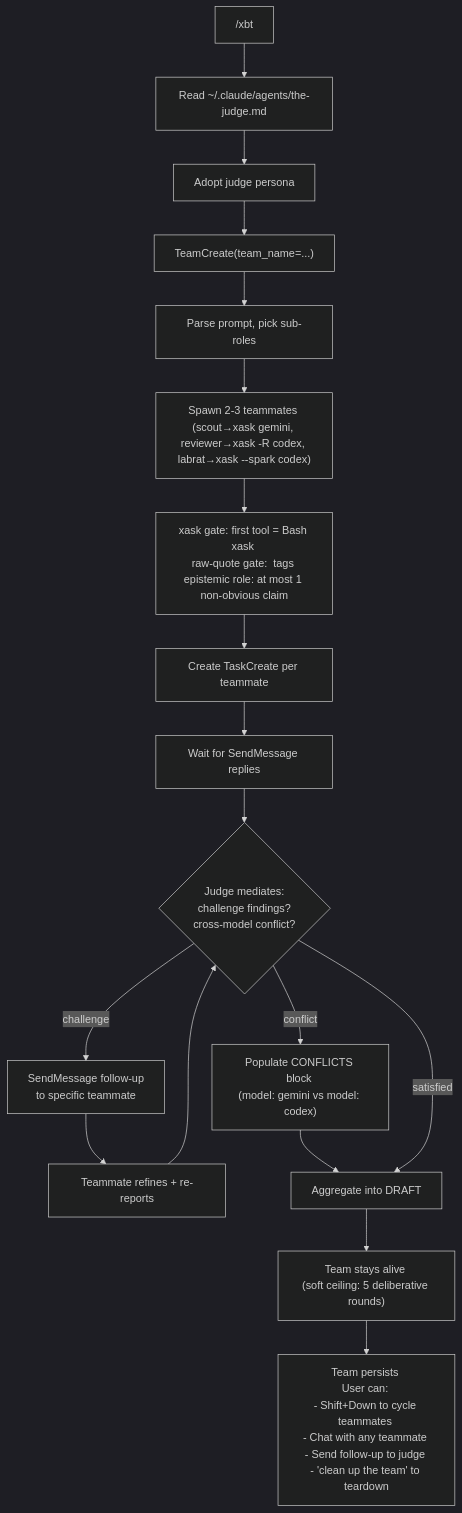
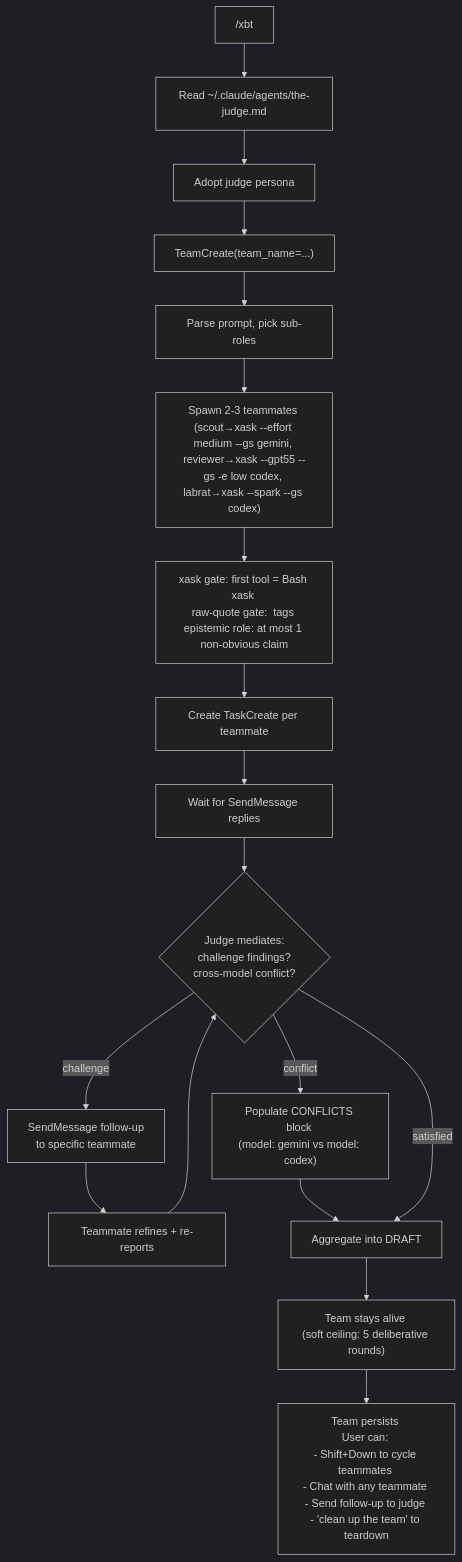
The eighth of 11 diagrams in docs/command-flows.md (VeigaPunk/xbrd-gdsp-fknpft), drawn with Mermaid (dark theme) before and after one commit. The commit also changed other lines of this file and 8 other files, not shown here.

First line of the commit message:
docs(xbgst): rewire codex lanes to gpt-5.5 + gemini medium + --gs

````diff
--- a/docs/command-flows.md
+++ b/docs/command-flows.md
@@ -221,21 +225,21 @@
 ```mermaid
 flowchart TD
     A["/xbt <prompt>"] --> B["Read ~/.claude/agents/the-judge.md"]
     B --> C[Adopt judge persona]
     C --> D["TeamCreate(team_name=...)"]
     D --> F[Parse prompt, pick sub-roles]
-    F --> G["Spawn 2-3 teammates \n(scout→xask gemini, reviewer→xask -R codex, labrat→xask --spark codex)"]
+    F --> G["Spawn 2-3 teammates \n(scout→xask --effort medium --gs gemini, reviewer→xask --gpt55 --gs -e low codex, labrat→xask --spark --gs codex)"]
     G --> Gx["xask gate: first tool = Bash xask \nraw-quote gate: <raw_output> tags \nepistemic role: at most 1 non-obvious claim"]
     Gx --> H[Create TaskCreate per teammate]
     H --> I[Wait for SendMessage replies]
     I --> J{"Judge mediates: \nchallenge findings? \ncross-model conflict?"}
     J -->|"challenge"| Jc["SendMessage follow-up \nto specific teammate"]
     Jc --> Jd[Teammate refines + re-reports]
     Jd --> J
     J -->|"conflict"| Jf["Populate CONFLICTS block \n(model: gemini vs model: codex)"]
     Jf --> K
     J -->|"satisfied"| K[Aggregate into DRAFT]
     K --> L["Team stays alive \n(soft ceiling: 5 deliberative rounds)"]
 
     L --> U["Team persists \nUser can: \n- Shift+Down to cycle teammates \n- Chat with any teammate \n- Send follow-up to judge \n- 'clean up the team' to teardown"]
 ```
````
